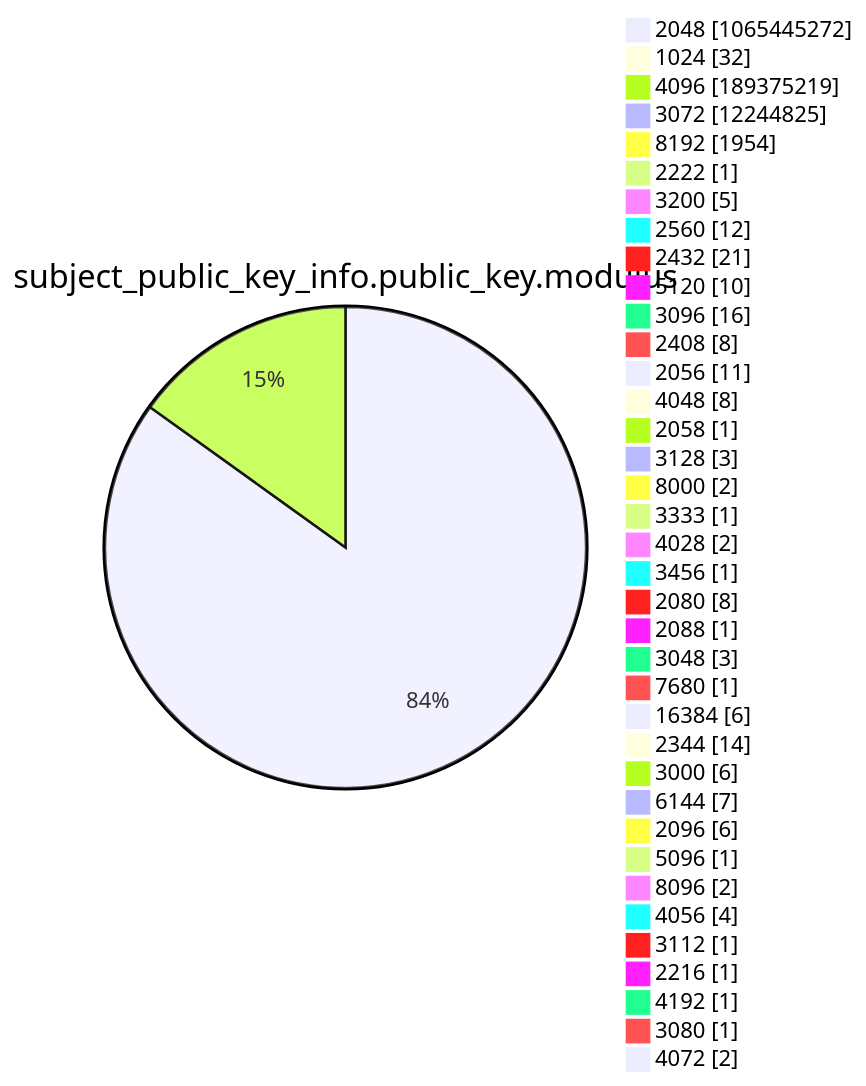
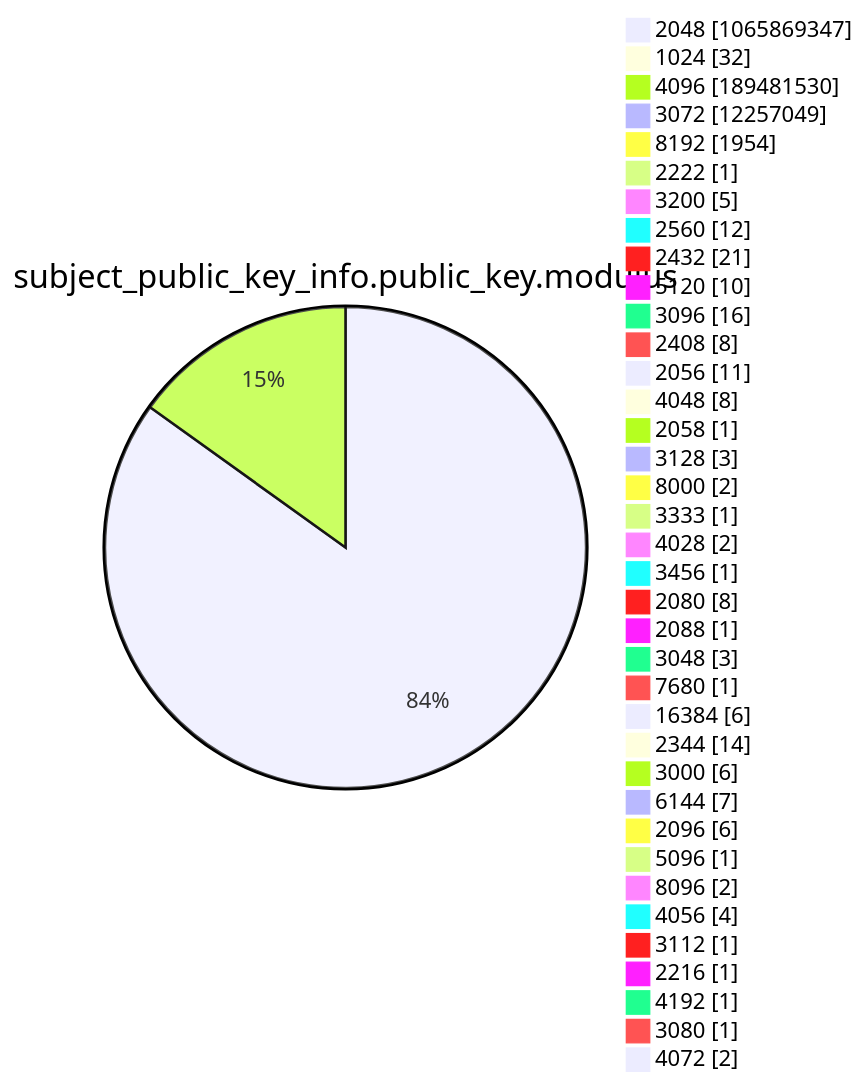
Before and after one commit to christiankrug/ctmonitor_visualization: diagram 13 of 15 in argon2022/README.md, drawn with Mermaid. The commit also changed other lines of this file, not shown here.

````diff
--- a/argon2022/README.md
+++ b/argon2022/README.md
@@ -3589,41 +3589,41 @@
 ```mermaid
 pie showData
 title subject_public_key_info.public_key.modulus
-"2048" :1065445272
+"2048" :1065869347
 "1024" :32
-"4096" :189375219
-"3072" :12244825
+"4096" :189481530
+"3072" :12257049
 "8192" :1954
 "2222" :1
 "3200" :5
 "2560" :12
 "2432" :21
 "5120" :10
 "3096" :16
 "2408" :8
 "2056" :11
 "4048" :8
 "2058" :1
 "3128" :3
 "8000" :2
 "3333" :1
 "4028" :2
 "3456" :1
 "2080" :8
 "2088" :1
 "3048" :3
 "7680" :1
 "16384" :6
 "2344" :14
 "3000" :6
 "6144" :7
 "2096" :6
 "5096" :1
 "8096" :2
 "4056" :4
 "3112" :1
 "2216" :1
 "4192" :1
 "3080" :1
 "4072" :2
 ```
````
